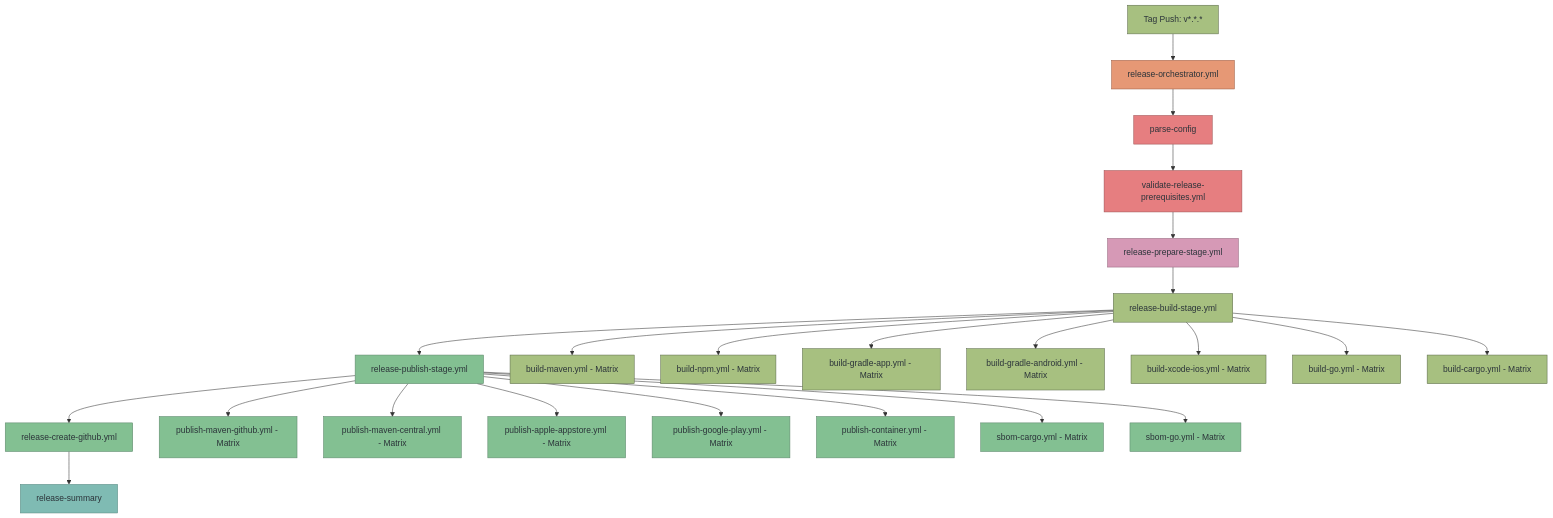
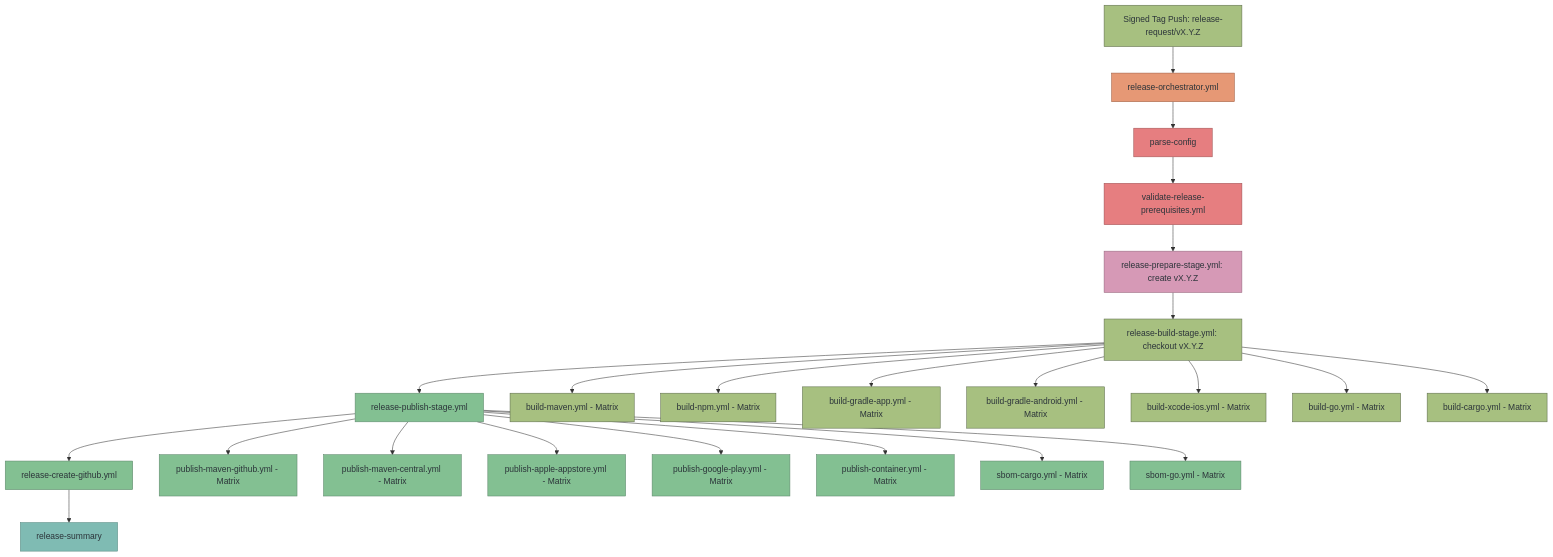
The second of 5 diagrams in docs/workflows.md (diggsweden/reusable-ci), drawn with Mermaid before and after one commit. The commit also changed other lines of this file and 42 other files, not shown here.

Commit message:
fix(release): enforce request-tag provenance flow

````diff
--- a/docs/workflows.md
+++ b/docs/workflows.md
@@ -159,51 +160,51 @@
 ```mermaid
 graph TD
-    A[Tag Push: v*.*.* ] --> B[release-orchestrator.yml]
+    A[Signed Tag Push: release-request/vX.Y.Z] --> B[release-orchestrator.yml]
     B --> C[parse-config]
     C --> D[validate-release-prerequisites.yml]
-    D --> E[release-prepare-stage.yml]
-    E --> F[release-build-stage.yml]
+    D --> E[release-prepare-stage.yml: create vX.Y.Z]
+    E --> F[release-build-stage.yml: checkout vX.Y.Z]
     F --> G[release-publish-stage.yml]
     G --> H[release-create-github.yml]
     H --> I[release-summary]
 
     F --> J[build-maven.yml - Matrix]
     F --> K[build-npm.yml - Matrix]
     F --> L[build-gradle-app.yml - Matrix]
     F --> L2[build-gradle-android.yml - Matrix]
     F --> M[build-xcode-ios.yml - Matrix]
     F --> M2[build-go.yml - Matrix]
     F --> M3[build-cargo.yml - Matrix]
 
     G --> N[publish-maven-github.yml - Matrix]
     G --> O[publish-maven-central.yml - Matrix]
     G --> P[publish-apple-appstore.yml - Matrix]
     G --> Q[publish-google-play.yml - Matrix]
     G --> R[publish-container.yml - Matrix]
     G --> S[sbom-cargo.yml - Matrix]
     G --> T[sbom-go.yml - Matrix]
 
     style A fill:#a7c080,stroke:#5c6a4a,color:#2b3339
     style B fill:#e69875,stroke:#9d5c41,color:#2b3339
     style C fill:#e67e80,stroke:#9d4f50,color:#2b3339
     style D fill:#e67e80,stroke:#9d4f50,color:#2b3339
     style E fill:#d699b6,stroke:#93647c,color:#2b3339
     style F fill:#a7c080,stroke:#5c6a4a,color:#2b3339
     style G fill:#83c092,stroke:#5c856a,color:#2b3339
     style H fill:#83c092,stroke:#5c856a,color:#2b3339
     style I fill:#7fbbb3,stroke:#5a8a82,color:#2b3339
     style J fill:#a7c080,stroke:#5c6a4a,color:#2b3339
     style K fill:#a7c080,stroke:#5c6a4a,color:#2b3339
     style L fill:#a7c080,stroke:#5c6a4a,color:#2b3339
     style L2 fill:#a7c080,stroke:#5c6a4a,color:#2b3339
     style M fill:#a7c080,stroke:#5c6a4a,color:#2b3339
     style M2 fill:#a7c080,stroke:#5c6a4a,color:#2b3339
     style M3 fill:#a7c080,stroke:#5c6a4a,color:#2b3339
     style N fill:#83c092,stroke:#5c856a,color:#2b3339
     style O fill:#83c092,stroke:#5c856a,color:#2b3339
     style P fill:#83c092,stroke:#5c856a,color:#2b3339
     style Q fill:#83c092,stroke:#5c856a,color:#2b3339
     style R fill:#83c092,stroke:#5c856a,color:#2b3339
     style S fill:#83c092,stroke:#5c856a,color:#2b3339
     style T fill:#83c092,stroke:#5c856a,color:#2b3339
 ```
````
